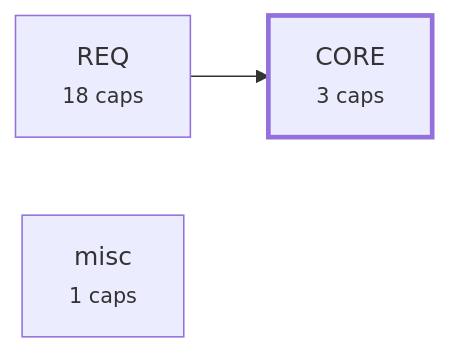
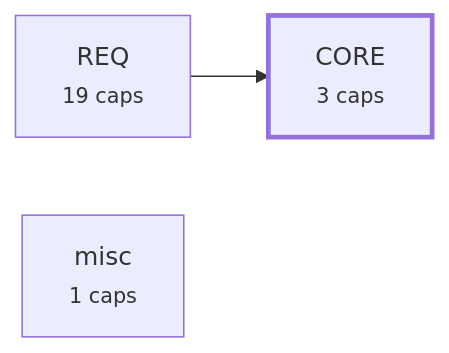
One commit to alxmax/Requirement-manager changed the third of 4 diagrams in plugin/requirements/_map.md. Above: the diagram before and after it, drawn with Mermaid. The commit also changed other lines of this file and 9 other files, not shown here.

````diff
--- a/plugin/requirements/_map.md
+++ b/plugin/requirements/_map.md
@@ -175,8 +182,8 @@
 ```mermaid
 graph LR
   a_CORE["CORE<br><small>3 caps</small>"]
-  a_REQ["REQ<br><small>18 caps</small>"]
+  a_REQ["REQ<br><small>19 caps</small>"]
   a_misc["misc<br><small>1 caps</small>"]
   a_REQ --> a_CORE
   style a_CORE stroke-width:3px
 ```
````
